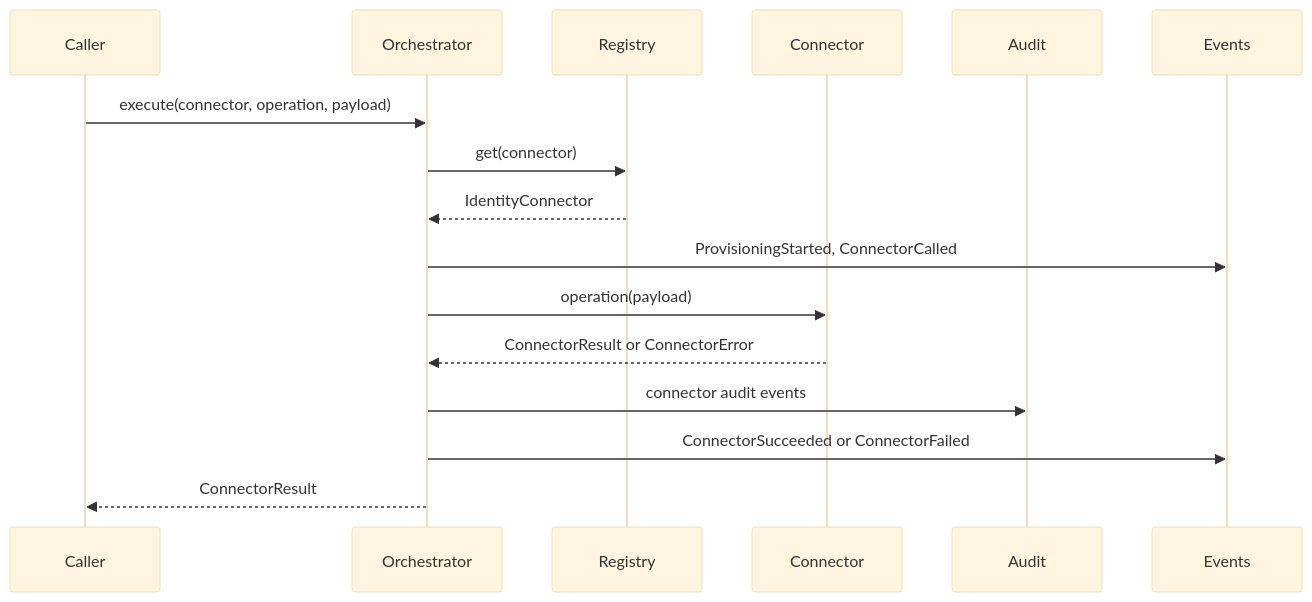
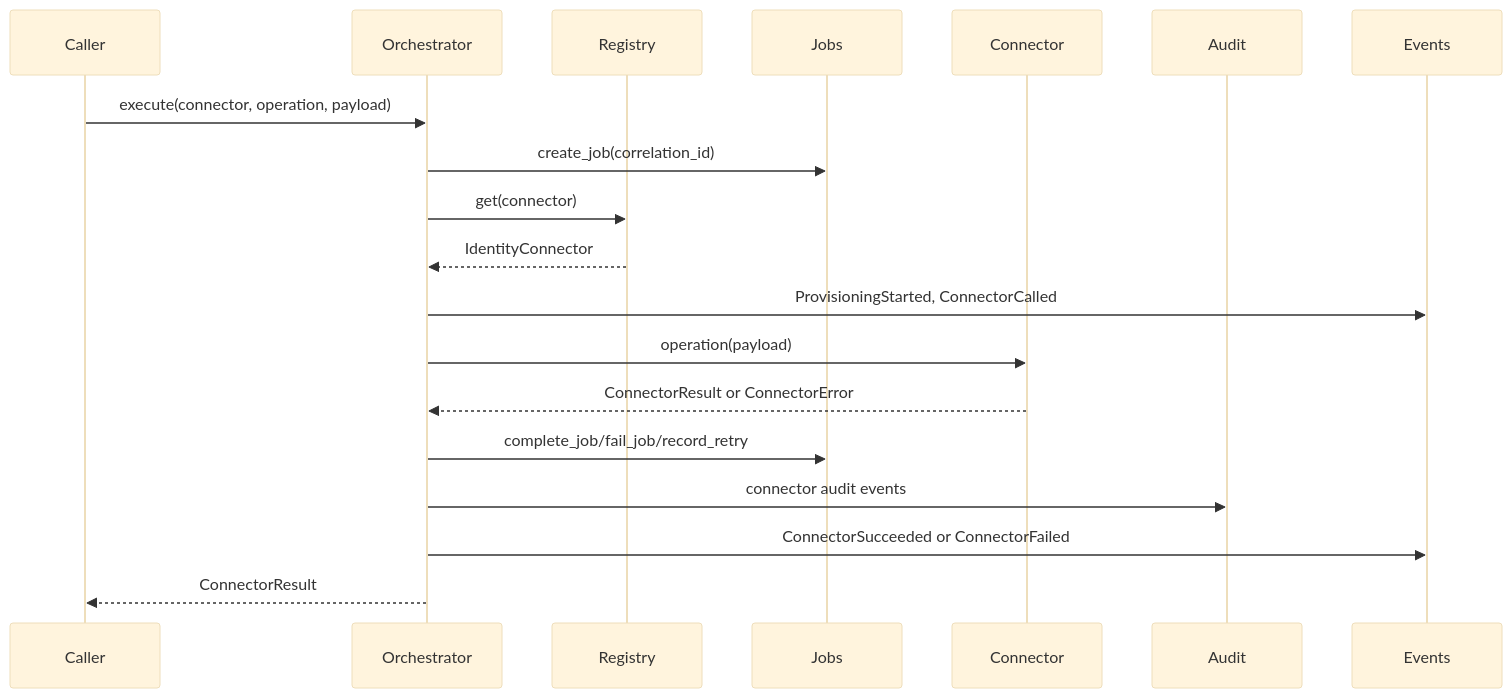
Before and after one commit to happelj/accessiq: the second of 3 diagrams in docs/connectors.md, drawn with Mermaid (base theme). The commit also changed other lines of this file and 14 other files, not shown here.

````diff
--- a/docs/connectors.md
+++ b/docs/connectors.md
@@ -42,19 +46,22 @@
 ```mermaid
 sequenceDiagram
     participant Caller
     participant Orchestrator
     participant Registry
+    participant Jobs
     participant Connector
     participant Audit
     participant Events
 
     Caller->>Orchestrator: execute(connector, operation, payload)
+    Orchestrator->>Jobs: create_job(correlation_id)
     Orchestrator->>Registry: get(connector)
     Registry-->>Orchestrator: IdentityConnector
     Orchestrator->>Events: ProvisioningStarted, ConnectorCalled
     Orchestrator->>Connector: operation(payload)
     Connector-->>Orchestrator: ConnectorResult or ConnectorError
+    Orchestrator->>Jobs: complete_job/fail_job/record_retry
     Orchestrator->>Audit: connector audit events
     Orchestrator->>Events: ConnectorSucceeded or ConnectorFailed
     Orchestrator-->>Caller: ConnectorResult
 ```
````
